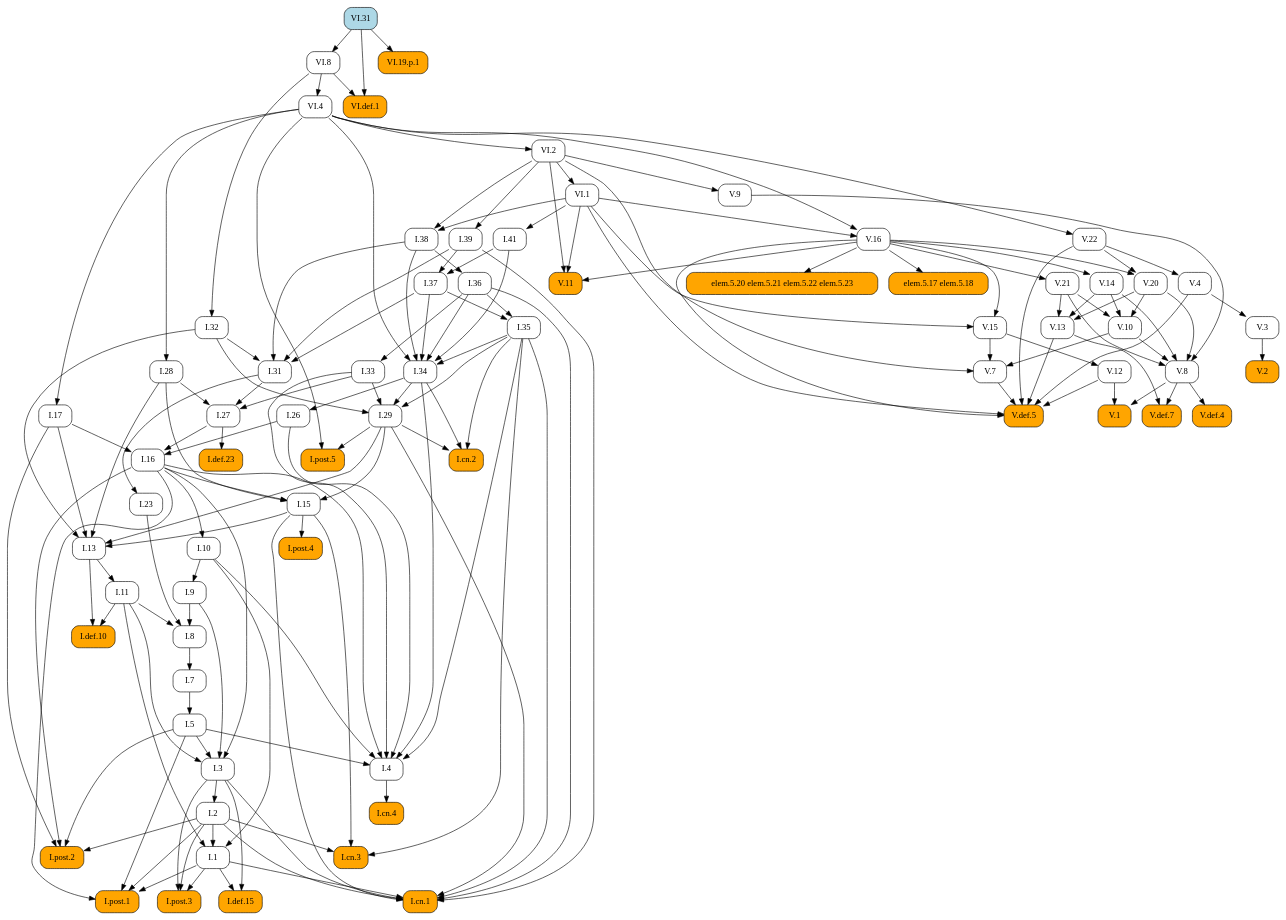
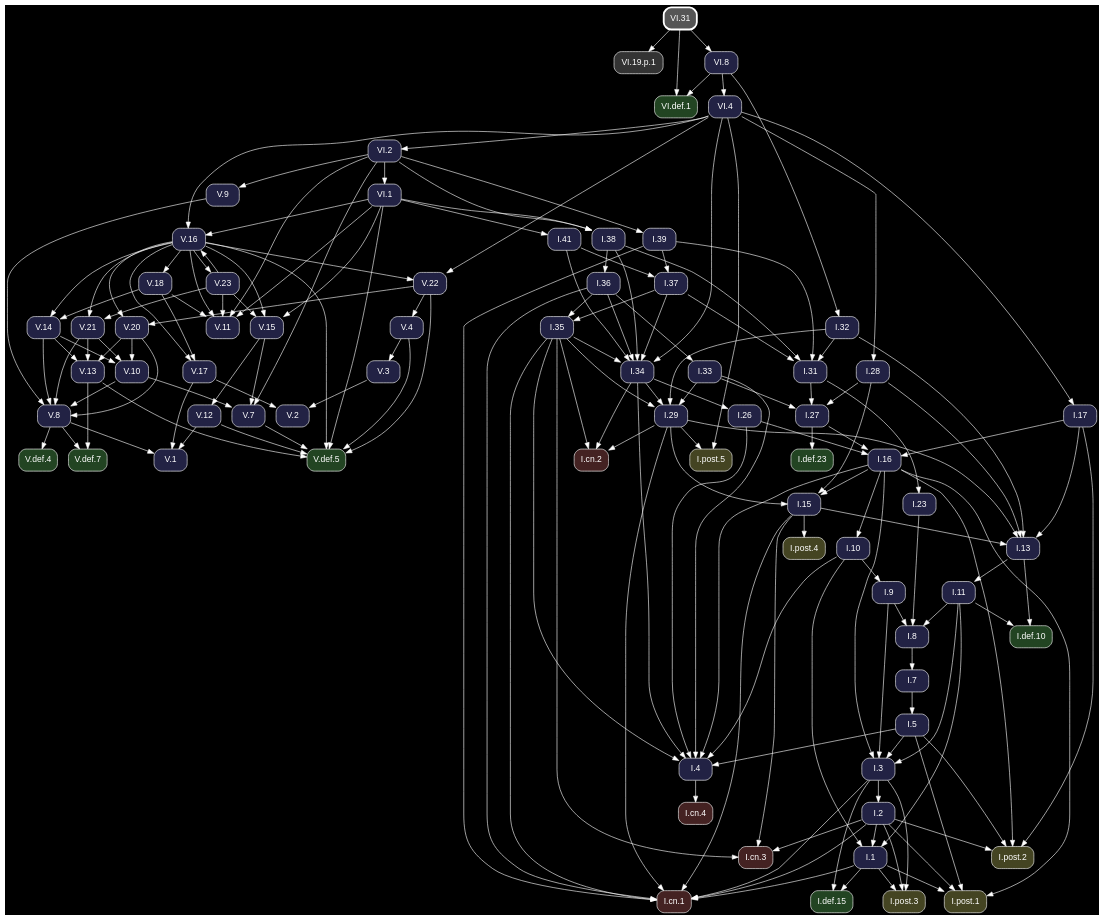
One commit to geometor/elements changed the diagram in docsrc/heath/VI/31/index.rst. Above: the diagram before and after it, drawn with Graphviz. The commit also changed other lines of this file and 1200 other files, not shown here.

Commit message:
update dependency graphs

```diff
--- a/docsrc/heath/VI/31/index.rst
+++ b/docsrc/heath/VI/31/index.rst
@@ -42,189 +42,85 @@
 .. graphviz::
 
    digraph {
+     bgcolor="black";
+     node [shape=box, style="rounded,filled", fontname="Helvetica", color="white", fontcolor="white"];
+     edge [color="white", fontcolor="white"];
      rankdir="TB";
-     node [shape=box, style=rounded];
-     "I.23" [URL="/heath/I/23/", target="_top"];
-     "I.9" [URL="/heath/I/9/", target="_top"];
-     "VI.def.1" [style="rounded,filled", fillcolor=orange, URL="/heath/VI/def.1/", target="_top"];
-     "V.13" [URL="/heath/V/13/", target="_top"];
-     "I.def.15" [style="rounded,filled", fillcolor=orange, URL="/heath/I/def.15/", target="_top"];
-     "V.7" [URL="/heath/V/7/", target="_top"];
-     "elem.5.17 elem.5.18" [style="rounded,filled", fillcolor=orange];
-     "I.post.1" [style="rounded,filled", fillcolor=orange, URL="/heath/I/post.1/", target="_top"];
-     "V.14" [URL="/heath/V/14/", target="_top"];
-     "V.9" [URL="/heath/V/9/", target="_top"];
-     "I.31" [URL="/heath/I/31/", target="_top"];
-     "I.def.10" [style="rounded,filled", fillcolor=orange, URL="/heath/I/def.10/", target="_top"];
-     "V.10" [URL="/heath/V/10/", target="_top"];
-     "V.4" [URL="/heath/V/4/", target="_top"];
-     "VI.1" [URL="/heath/VI/1/", target="_top"];
-     "I.39" [URL="/heath/I/39/", target="_top"];
-     "V.11" [style="rounded,filled", fillcolor=orange, URL="/heath/V/11/", target="_top"];
-     "I.34" [URL="/heath/I/34/", target="_top"];
-     "I.3" [URL="/heath/I/3/", target="_top"];
-     "V.def.4" [style="rounded,filled", fillcolor=orange, URL="/heath/V/def.4/", target="_top"];
-     "V.def.7" [style="rounded,filled", fillcolor=orange, URL="/heath/V/def.7/", target="_top"];
-     "V.21" [URL="/heath/V/21/", target="_top"];
-     "I.2" [URL="/heath/I/2/", target="_top"];
-     "V.3" [URL="/heath/V/3/", target="_top"];
-     "I.13" [URL="/heath/I/13/", target="_top"];
-     "I.post.4" [style="rounded,filled", fillcolor=orange, URL="/heath/I/post.4/", target="_top"];
-     "I.4" [URL="/heath/I/4/", target="_top"];
-     "I.1" [URL="/heath/I/1/", target="_top"];
-     "I.17" [URL="/heath/I/17/", target="_top"];
-     "I.8" [URL="/heath/I/8/", target="_top"];
-     "I.29" [URL="/heath/I/29/", target="_top"];
-     "I.38" [URL="/heath/I/38/", target="_top"];
-     "V.8" [URL="/heath/V/8/", target="_top"];
-     "I.15" [URL="/heath/I/15/", target="_top"];
-     "I.10" [URL="/heath/I/10/", target="_top"];
-     "I.11" [URL="/heath/I/11/", target="_top"];
-     "I.def.23" [style="rounded,filled", fillcolor=orange, URL="/heath/I/def.23/", target="_top"];
-     "VI.8" [URL="/heath/VI/8/", target="_top"];
-     "VI.4" [URL="/heath/VI/4/", target="_top"];
-     "I.26" [URL="/heath/I/26/", target="_top"];
-     "VI.31" [style="rounded,filled", fillcolor=lightblue, URL="/heath/VI/31/", target="_top"];
-     "V.16" [URL="/heath/V/16/", target="_top"];
-     "I.33" [URL="/heath/I/33/", target="_top"];
-     "I.32" [URL="/heath/I/32/", target="_top"];
-     "I.post.3" [style="rounded,filled", fillcolor=orange, URL="/heath/I/post.3/", target="_top"];
-     "V.def.5" [style="rounded,filled", fillcolor=orange, URL="/heath/V/def.5/", target="_top"];
-     "I.27" [URL="/heath/I/27/", target="_top"];
-     "V.20" [URL="/heath/V/20/", target="_top"];
-     "V.12" [URL="/heath/V/12/", target="_top"];
-     "V.2" [style="rounded,filled", fillcolor=orange, URL="/heath/V/2/", target="_top"];
-     "I.cn.1" [style="rounded,filled", fillcolor=orange, URL="/heath/I/cn.1/", target="_top"];
-     "I.35" [URL="/heath/I/35/", target="_top"];
-     "I.7" [URL="/heath/I/7/", target="_top"];
-     "I.36" [URL="/heath/I/36/", target="_top"];
-     "I.5" [URL="/heath/I/5/", target="_top"];
-     "I.37" [URL="/heath/I/37/", target="_top"];
-     "VI.19.p.1" [style="rounded,filled", fillcolor=orange];
-     "I.cn.3" [style="rounded,filled", fillcolor=orange, URL="/heath/I/cn.3/", target="_top"];
-     "I.16" [URL="/heath/I/16/", target="_top"];
-     "V.22" [URL="/heath/V/22/", target="_top"];
-     "V.1" [style="rounded,filled", fillcolor=orange, URL="/heath/V/1/", target="_top"];
-     "I.cn.2" [style="rounded,filled", fillcolor=orange, URL="/heath/I/cn.2/", target="_top"];
-     "I.post.5" [style="rounded,filled", fillcolor=orange, URL="/heath/I/post.5/", target="_top"];
-     "I.28" [URL="/heath/I/28/", target="_top"];
-     "VI.2" [URL="/heath/VI/2/", target="_top"];
-     "I.cn.4" [style="rounded,filled", fillcolor=orange, URL="/heath/I/cn.4/", target="_top"];
-     "I.post.2" [style="rounded,filled", fillcolor=orange, URL="/heath/I/post.2/", target="_top"];
-     "V.15" [URL="/heath/V/15/", target="_top"];
-     "I.41" [URL="/heath/I/41/", target="_top"];
-     "elem.5.20 elem.5.21 elem.5.22 elem.5.23" [style="rounded,filled", fillcolor=orange];
-     "I.31" -> "I.23";
-     "I.10" -> "I.9";
-     "VI.8" -> "VI.def.1";
-     "VI.31" -> "VI.def.1";
-     "V.14" -> "V.13";
-     "V.20" -> "V.13";
-     "V.21" -> "V.13";
-     "I.1" -> "I.def.15";
-     "I.3" -> "I.def.15";
-     "V.10" -> "V.7";
-     "V.15" -> "V.7";
-     "VI.2" -> "V.7";
-     "V.16" -> "elem.5.17 elem.5.18";
-     "I.1" -> "I.post.1";
-     "I.2" -> "I.post.1";
-     "I.5" -> "I.post.1";
-     "I.16" -> "I.post.1";
-     "V.16" -> "V.14";
-     "VI.2" -> "V.9";
-     "I.32" -> "I.31";
-     "I.37" -> "I.31";
-     "I.38" -> "I.31";
-     "I.39" -> "I.31";
-     "I.11" -> "I.def.10";
-     "I.13" -> "I.def.10";
-     "V.14" -> "V.10";
-     "V.20" -> "V.10";
-     "V.21" -> "V.10";
-     "V.22" -> "V.4";
-     "VI.2" -> "VI.1";
-     "VI.2" -> "I.39";
-     "V.16" -> "V.11";
-     "VI.1" -> "V.11";
-     "VI.2" -> "V.11";
-     "I.35" -> "I.34";
-     "I.36" -> "I.34";
-     "I.37" -> "I.34";
-     "I.38" -> "I.34";
-     "I.41" -> "I.34";
-     "VI.4" -> "I.34";
-     "I.5" -> "I.3";
-     "I.9" -> "I.3";
-     "I.11" -> "I.3";
-     "I.16" -> "I.3";
-     "V.8" -> "V.def.4";
-     "V.8" -> "V.def.7";
-     "V.13" -> "V.def.7";
-     "V.16" -> "V.21";
-     "I.3" -> "I.2";
-     "V.4" -> "V.3";
-     "I.15" -> "I.13";
-     "I.17" -> "I.13";
-     "I.28" -> "I.13";
-     "I.29" -> "I.13";
-     "I.32" -> "I.13";
-     "I.15" -> "I.post.4";
-     "I.5" -> "I.4";
-     "I.10" -> "I.4";
-     "I.16" -> "I.4";
-     "I.26" -> "I.4";
-     "I.33" -> "I.4";
-     "I.34" -> "I.4";
-     "I.35" -> "I.4";
-     "I.2" -> "I.1";
-     "I.10" -> "I.1";
-     "I.11" -> "I.1";
-     "VI.4" -> "I.17";
-     "I.9" -> "I.8";
-     "I.11" -> "I.8";
-     "I.23" -> "I.8";
-     "I.32" -> "I.29";
-     "I.33" -> "I.29";
-     "I.34" -> "I.29";
-     "I.35" -> "I.29";
-     "VI.1" -> "I.38";
-     "VI.2" -> "I.38";
-     "V.9" -> "V.8";
-     "V.10" -> "V.8";
-     "V.14" -> "V.8";
-     "V.20" -> "V.8";
-     "V.21" -> "V.8";
-     "I.16" -> "I.15";
-     "I.28" -> "I.15";
-     "I.29" -> "I.15";
-     "I.16" -> "I.10";
-     "I.13" -> "I.11";
-     "I.27" -> "I.def.23";
-     "VI.31" -> "VI.8";
-     "VI.8" -> "VI.4";
-     "I.34" -> "I.26";
-     "VI.1" -> "V.16";
-     "VI.4" -> "V.16";
-     "I.36" -> "I.33";
+     "V.15" [fillcolor="#222244", URL="/heath/V/15/", target="_top"];
+     "I.32" [fillcolor="#222244", URL="/heath/I/32/", target="_top"];
+     "I.cn.1" [fillcolor="#442222", URL="/heath/I/cn.1/", target="_top"];
+     "V.18" [fillcolor="#222244", URL="/heath/V/18/", target="_top"];
+     "V.14" [fillcolor="#222244", URL="/heath/V/14/", target="_top"];
+     "I.28" [fillcolor="#222244", URL="/heath/I/28/", target="_top"];
+     "I.27" [fillcolor="#222244", URL="/heath/I/27/", target="_top"];
+     "V.23" [fillcolor="#222244", URL="/heath/V/23/", target="_top"];
+     "I.2" [fillcolor="#222244", URL="/heath/I/2/", target="_top"];
+     "I.41" [fillcolor="#222244", URL="/heath/I/41/", target="_top"];
+     "I.post.4" [fillcolor="#444422", URL="/heath/I/post.4/", target="_top"];
+     "I.26" [fillcolor="#222244", URL="/heath/I/26/", target="_top"];
+     "I.8" [fillcolor="#222244", URL="/heath/I/8/", target="_top"];
+     "V.4" [fillcolor="#222244", URL="/heath/V/4/", target="_top"];
+     "V.16" [fillcolor="#222244", URL="/heath/V/16/", target="_top"];
+     "VI.2" [fillcolor="#222244", URL="/heath/VI/2/", target="_top"];
+     "I.7" [fillcolor="#222244", URL="/heath/I/7/", target="_top"];
+     "I.5" [fillcolor="#222244", URL="/heath/I/5/", target="_top"];
+     "V.11" [fillcolor="#222244", URL="/heath/V/11/", target="_top"];
+     "V.def.4" [fillcolor="#224422", URL="/heath/V/def.4/", target="_top"];
+     "V.20" [fillcolor="#222244", URL="/heath/V/20/", target="_top"];
+     "I.11" [fillcolor="#222244", URL="/heath/I/11/", target="_top"];
+     "I.37" [fillcolor="#222244", URL="/heath/I/37/", target="_top"];
+     "I.cn.3" [fillcolor="#442222", URL="/heath/I/cn.3/", target="_top"];
+     "I.36" [fillcolor="#222244", URL="/heath/I/36/", target="_top"];
+     "I.38" [fillcolor="#222244", URL="/heath/I/38/", target="_top"];
+     "I.post.2" [fillcolor="#444422", URL="/heath/I/post.2/", target="_top"];
+     "I.def.23" [fillcolor="#224422", URL="/heath/I/def.23/", target="_top"];
+     "I.35" [fillcolor="#222244", URL="/heath/I/35/", target="_top"];
+     "I.post.3" [fillcolor="#444422", URL="/heath/I/post.3/", target="_top"];
+     "V.13" [fillcolor="#222244", URL="/heath/V/13/", target="_top"];
+     "V.8" [fillcolor="#222244", URL="/heath/V/8/", target="_top"];
+     "I.33" [fillcolor="#222244", URL="/heath/I/33/", target="_top"];
+     "V.10" [fillcolor="#222244", URL="/heath/V/10/", target="_top"];
+     "I.17" [fillcolor="#222244", URL="/heath/I/17/", target="_top"];
+     "V.def.5" [fillcolor="#224422", URL="/heath/V/def.5/", target="_top"];
+     "V.22" [fillcolor="#222244", URL="/heath/V/22/", target="_top"];
+     "I.31" [fillcolor="#222244", URL="/heath/I/31/", target="_top"];
+     "I.3" [fillcolor="#222244", URL="/heath/I/3/", target="_top"];
+     "V.12" [fillcolor="#222244", URL="/heath/V/12/", target="_top"];
+     "I.def.10" [fillcolor="#224422", URL="/heath/I/def.10/", target="_top"];
+     "I.15" [fillcolor="#222244", URL="/heath/I/15/", target="_top"];
+     "I.39" [fillcolor="#222244", URL="/heath/I/39/", target="_top"];
+     "I.13" [fillcolor="#222244", URL="/heath/I/13/", target="_top"];
+     "I.cn.2" [fillcolor="#442222", URL="/heath/I/cn.2/", target="_top"];
+     "I.9" [fillcolor="#222244", URL="/heath/I/9/", target="_top"];
+     "VI.19.p.1" [fillcolor="#333333"];
+     "VI.def.1" [fillcolor="#224422", URL="/heath/VI/def.1/", target="_top"];
+     "I.post.5" [fillcolor="#444422", URL="/heath/I/post.5/", target="_top"];
+     "I.1" [fillcolor="#222244", URL="/heath/I/1/", target="_top"];
+     "VI.31" [penwidth=3, color="white", fillcolor="#555555", URL="/heath/VI/31/", target="_top"];
+     "VI.8" [fillcolor="#222244", URL="/heath/VI/8/", target="_top"];
+     "I.23" [fillcolor="#222244", URL="/heath/I/23/", target="_top"];
+     "I.4" [fillcolor="#222244", URL="/heath/I/4/", target="_top"];
+     "VI.4" [fillcolor="#222244", URL="/heath/VI/4/", target="_top"];
+     "V.7" [fillcolor="#222244", URL="/heath/V/7/", target="_top"];
+     "V.9" [fillcolor="#222244", URL="/heath/V/9/", target="_top"];
+     "VI.1" [fillcolor="#222244", URL="/heath/VI/1/", target="_top"];
+     "I.10" [fillcolor="#222244", URL="/heath/I/10/", target="_top"];
+     "V.def.7" [fillcolor="#224422", URL="/heath/V/def.7/", target="_top"];
+     "I.post.1" [fillcolor="#444422", URL="/heath/I/post.1/", target="_top"];
+     "I.16" [fillcolor="#222244", URL="/heath/I/16/", target="_top"];
+     "I.29" [fillcolor="#222244", URL="/heath/I/29/", target="_top"];
+     "I.cn.4" [fillcolor="#442222", URL="/heath/I/cn.4/", target="_top"];
+     "V.2" [fillcolor="#222244", URL="/heath/V/2/", target="_top"];
+     "V.1" [fillcolor="#222244", URL="/heath/V/1/", target="_top"];
+     "V.21" [fillcolor="#222244", URL="/heath/V/21/", target="_top"];
+     "I.34" [fillcolor="#222244", URL="/heath/I/34/", target="_top"];
+     "I.def.15" [fillcolor="#224422", URL="/heath/I/def.15/", target="_top"];
+     "V.3" [fillcolor="#222244", URL="/heath/V/3/", target="_top"];
+     "V.17" [fillcolor="#222244", URL="/heath/V/17/", target="_top"];
+     "V.16" -> "V.15";
+     "V.23" -> "V.15";
+     "VI.1" -> "V.15";
      "VI.8" -> "I.32";
-     "I.1" -> "I.post.3";
-     "I.2" -> "I.post.3";
-     "I.3" -> "I.post.3";
-     "V.4" -> "V.def.5";
-     "V.7" -> "V.def.5";
-     "V.12" -> "V.def.5";
-     "V.13" -> "V.def.5";
-     "V.16" -> "V.def.5";
-     "V.22" -> "V.def.5";
-     "VI.1" -> "V.def.5";
-     "I.28" -> "I.27";
-     "I.31" -> "I.27";
-     "I.33" -> "I.27";
-     "V.16" -> "V.20";
-     "V.22" -> "V.20";
-     "V.15" -> "V.12";
-     "V.3" -> "V.2";
      "I.1" -> "I.cn.1";
      "I.2" -> "I.cn.1";
      "I.3" -> "I.cn.1";
@@ -233,37 +129,155 @@
      "I.35" -> "I.cn.1";
      "I.36" -> "I.cn.1";
      "I.39" -> "I.cn.1";
-     "I.36" -> "I.35";
-     "I.37" -> "I.35";
+     "V.16" -> "V.18";
+     "V.16" -> "V.14";
+     "V.18" -> "V.14";
+     "VI.4" -> "I.28";
+     "I.28" -> "I.27";
+     "I.31" -> "I.27";
+     "I.33" -> "I.27";
+     "V.16" -> "V.23";
+     "I.3" -> "I.2";
+     "VI.1" -> "I.41";
+     "I.15" -> "I.post.4";
+     "I.34" -> "I.26";
+     "I.9" -> "I.8";
+     "I.11" -> "I.8";
+     "I.23" -> "I.8";
+     "V.22" -> "V.4";
+     "V.23" -> "V.16";
+     "VI.1" -> "V.16";
+     "VI.4" -> "V.16";
+     "VI.4" -> "VI.2";
      "I.8" -> "I.7";
-     "I.38" -> "I.36";
      "I.7" -> "I.5";
+     "V.16" -> "V.11";
+     "V.18" -> "V.11";
+     "V.23" -> "V.11";
+     "VI.1" -> "V.11";
+     "VI.2" -> "V.11";
+     "V.8" -> "V.def.4";
+     "V.16" -> "V.20";
+     "V.22" -> "V.20";
+     "I.13" -> "I.11";
      "I.39" -> "I.37";
      "I.41" -> "I.37";
-     "VI.31" -> "VI.19.p.1";
      "I.2" -> "I.cn.3";
      "I.15" -> "I.cn.3";
      "I.35" -> "I.cn.3";
-     "I.17" -> "I.16";
-     "I.26" -> "I.16";
-     "I.27" -> "I.16";
-     "VI.4" -> "V.22";
-     "V.8" -> "V.1";
-     "V.12" -> "V.1";
-     "I.29" -> "I.cn.2";
-     "I.34" -> "I.cn.2";
-     "I.35" -> "I.cn.2";
-     "I.29" -> "I.post.5";
-     "VI.4" -> "I.post.5";
-     "VI.4" -> "I.28";
-     "VI.4" -> "VI.2";
-     "I.4" -> "I.cn.4";
+     "I.38" -> "I.36";
+     "VI.1" -> "I.38";
+     "VI.2" -> "I.38";
      "I.2" -> "I.post.2";
      "I.5" -> "I.post.2";
      "I.16" -> "I.post.2";
      "I.17" -> "I.post.2";
-     "V.16" -> "V.15";
-     "VI.1" -> "V.15";
-     "VI.1" -> "I.41";
-     "V.16" -> "elem.5.20 elem.5.21 elem.5.22 elem.5.23";
+     "I.27" -> "I.def.23";
+     "I.36" -> "I.35";
+     "I.37" -> "I.35";
+     "I.1" -> "I.post.3";
+     "I.2" -> "I.post.3";
+     "I.3" -> "I.post.3";
+     "V.14" -> "V.13";
+     "V.20" -> "V.13";
+     "V.21" -> "V.13";
+     "V.9" -> "V.8";
+     "V.10" -> "V.8";
+     "V.14" -> "V.8";
+     "V.20" -> "V.8";
+     "V.21" -> "V.8";
+     "I.36" -> "I.33";
+     "V.14" -> "V.10";
+     "V.20" -> "V.10";
+     "V.21" -> "V.10";
+     "VI.4" -> "I.17";
+     "V.4" -> "V.def.5";
+     "V.7" -> "V.def.5";
+     "V.12" -> "V.def.5";
+     "V.13" -> "V.def.5";
+     "V.16" -> "V.def.5";
+     "V.22" -> "V.def.5";
+     "VI.1" -> "V.def.5";
+     "V.16" -> "V.22";
+     "VI.4" -> "V.22";
+     "I.32" -> "I.31";
+     "I.37" -> "I.31";
+     "I.38" -> "I.31";
+     "I.39" -> "I.31";
+     "I.5" -> "I.3";
+     "I.9" -> "I.3";
+     "I.11" -> "I.3";
+     "I.16" -> "I.3";
+     "V.15" -> "V.12";
+     "I.11" -> "I.def.10";
+     "I.13" -> "I.def.10";
+     "I.16" -> "I.15";
+     "I.28" -> "I.15";
+     "I.29" -> "I.15";
+     "VI.2" -> "I.39";
+     "I.15" -> "I.13";
+     "I.17" -> "I.13";
+     "I.28" -> "I.13";
+     "I.29" -> "I.13";
+     "I.32" -> "I.13";
+     "I.29" -> "I.cn.2";
+     "I.34" -> "I.cn.2";
+     "I.35" -> "I.cn.2";
+     "I.10" -> "I.9";
+     "VI.31" -> "VI.19.p.1";
+     "VI.8" -> "VI.def.1";
+     "VI.31" -> "VI.def.1";
+     "I.29" -> "I.post.5";
+     "VI.4" -> "I.post.5";
+     "I.2" -> "I.1";
+     "I.10" -> "I.1";
+     "I.11" -> "I.1";
+     "VI.31" -> "VI.8";
+     "I.31" -> "I.23";
+     "I.5" -> "I.4";
+     "I.10" -> "I.4";
+     "I.16" -> "I.4";
+     "I.26" -> "I.4";
+     "I.33" -> "I.4";
+     "I.34" -> "I.4";
+     "I.35" -> "I.4";
+     "VI.8" -> "VI.4";
+     "V.10" -> "V.7";
+     "V.15" -> "V.7";
+     "VI.2" -> "V.7";
+     "VI.2" -> "V.9";
+     "VI.2" -> "VI.1";
+     "I.16" -> "I.10";
+     "V.8" -> "V.def.7";
+     "V.13" -> "V.def.7";
+     "I.1" -> "I.post.1";
+     "I.2" -> "I.post.1";
+     "I.5" -> "I.post.1";
+     "I.16" -> "I.post.1";
+     "I.17" -> "I.16";
+     "I.26" -> "I.16";
+     "I.27" -> "I.16";
+     "I.32" -> "I.29";
+     "I.33" -> "I.29";
+     "I.34" -> "I.29";
+     "I.35" -> "I.29";
+     "I.4" -> "I.cn.4";
+     "V.3" -> "V.2";
+     "V.17" -> "V.2";
+     "V.8" -> "V.1";
+     "V.12" -> "V.1";
+     "V.17" -> "V.1";
+     "V.16" -> "V.21";
+     "V.23" -> "V.21";
+     "I.35" -> "I.34";
+     "I.36" -> "I.34";
+     "I.37" -> "I.34";
+     "I.38" -> "I.34";
+     "I.41" -> "I.34";
+     "VI.4" -> "I.34";
+     "I.1" -> "I.def.15";
+     "I.3" -> "I.def.15";
+     "V.4" -> "V.3";
+     "V.16" -> "V.17";
+     "V.18" -> "V.17";
    }
```
